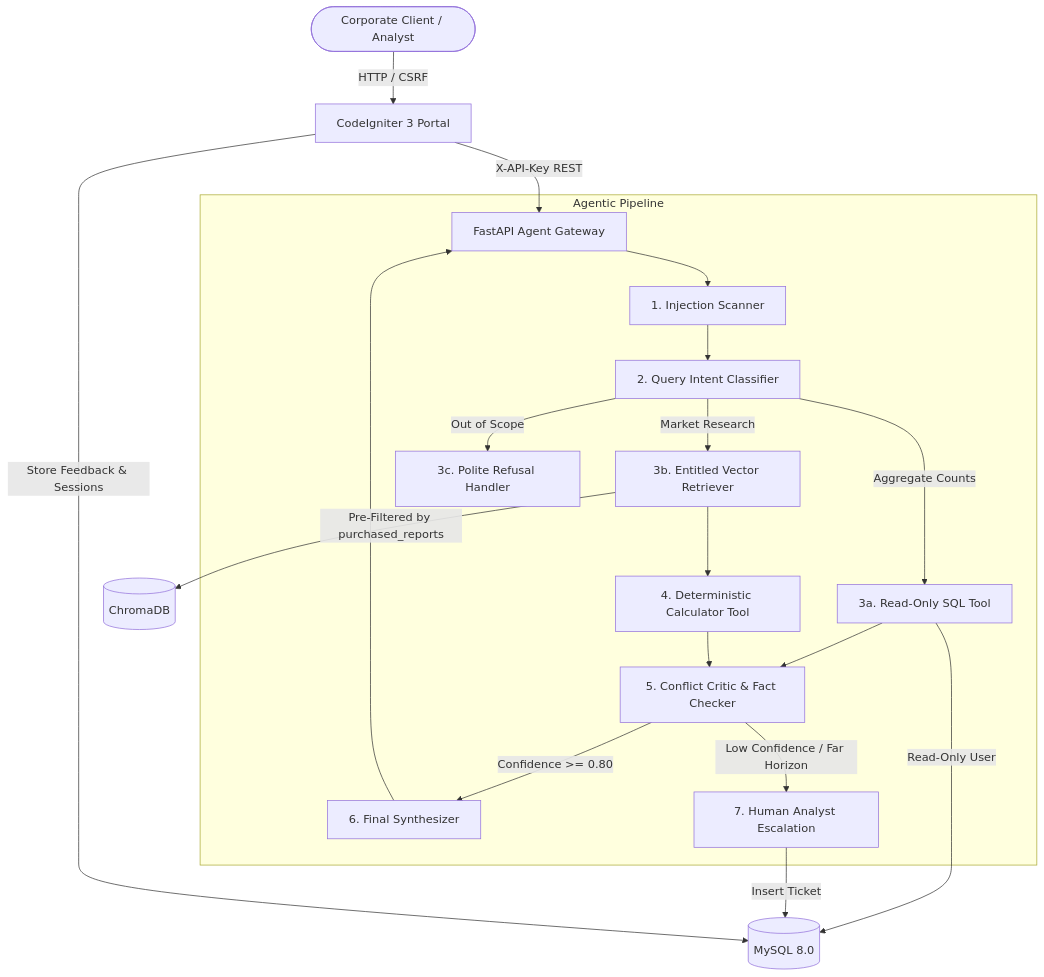
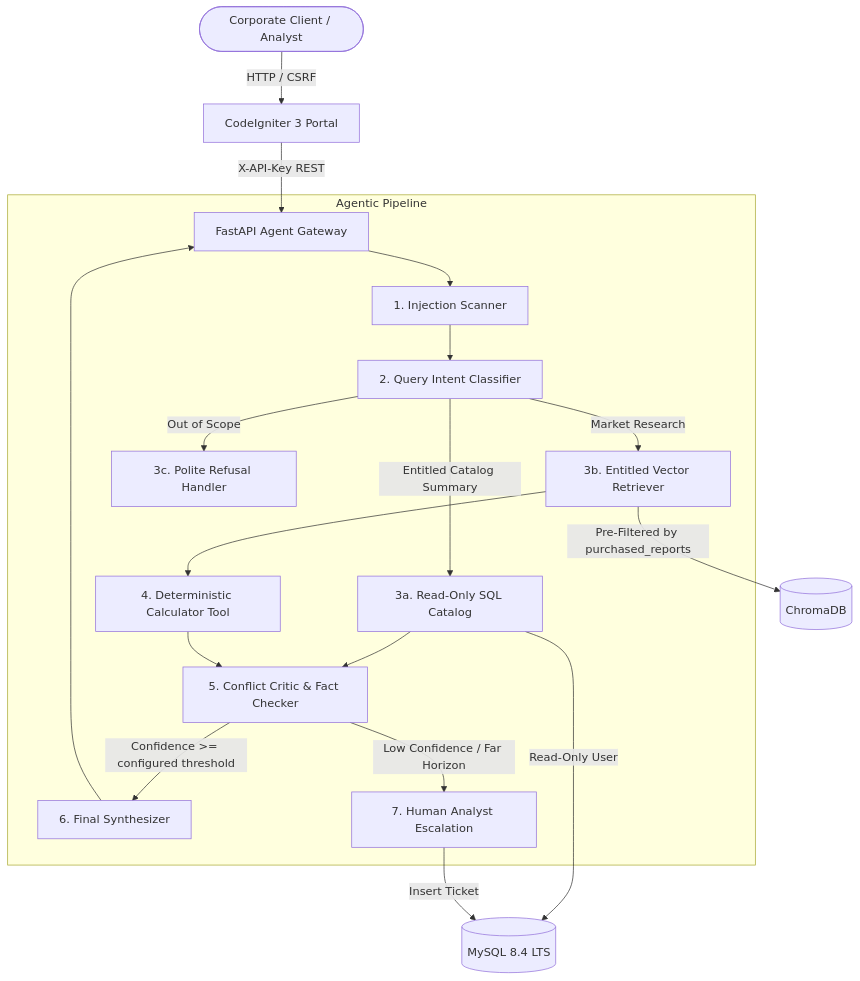
The diagram in README.md (Rupaksingh17/Project-Atlas), drawn with Mermaid before and after one commit. The commit also changed other lines of this file and 41 other files, not shown here.

````diff
--- a/README.md
+++ b/README.md
@@ -56,27 +149,26 @@
 ```mermaid
 flowchart TD
     Client([Corporate Client / Analyst]) -->|HTTP / CSRF| CI3[CodeIgniter 3 Portal]
     CI3 -->|X-API-Key REST| FastAPI[FastAPI Agent Gateway]
 
     subgraph Agentic Pipeline
         FastAPI --> Guard[1. Injection Scanner]
         Guard --> Router[2. Query Intent Classifier]
         
-        Router -->|Aggregate Counts| SQLTool[3a. Read-Only SQL Tool]
+        Router -->|Entitled Catalog Summary| SQLTool[3a. Read-Only SQL Catalog]
         Router -->|Market Research| VectorRetriever[3b. Entitled Vector Retriever]
         Router -->|Out of Scope| RefusalNode[3c. Polite Refusal Handler]
 
         VectorRetriever --> CalcTool[4. Deterministic Calculator Tool]
         SQLTool --> CriticNode[5. Conflict Critic & Fact Checker]
         CalcTool --> CriticNode
 
-        CriticNode -->|Confidence >= 0.80| WriterNode[6. Final Synthesizer]
+        CriticNode -->|Confidence >= configured threshold| WriterNode[6. Final Synthesizer]
         CriticNode -->|Low Confidence / Far Horizon| EscalateNode[7. Human Analyst Escalation]
     end
 
-    SQLTool -->|Read-Only User| MySQL[(MySQL 8.0)]
+    SQLTool -->|Read-Only User| MySQL[(MySQL 8.4 LTS)]
     VectorRetriever -->|Pre-Filtered by purchased_reports| ChromaDB[(ChromaDB)]
     EscalateNode -->|Insert Ticket| MySQL
-    CI3 -->|Store Feedback & Sessions| MySQL
     WriterNode --> FastAPI
 ```
````
